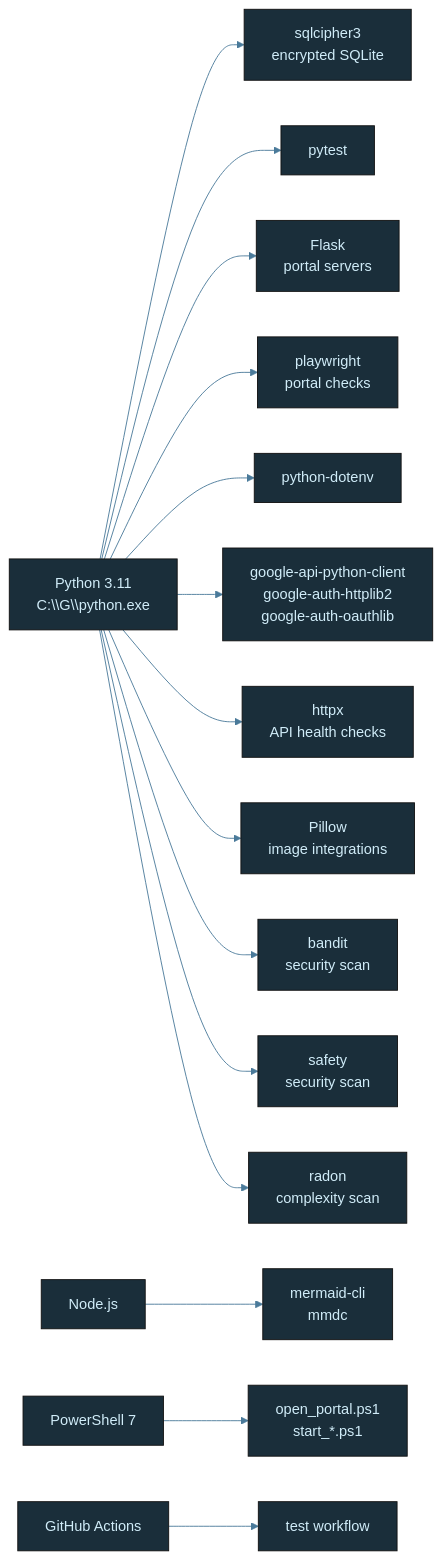
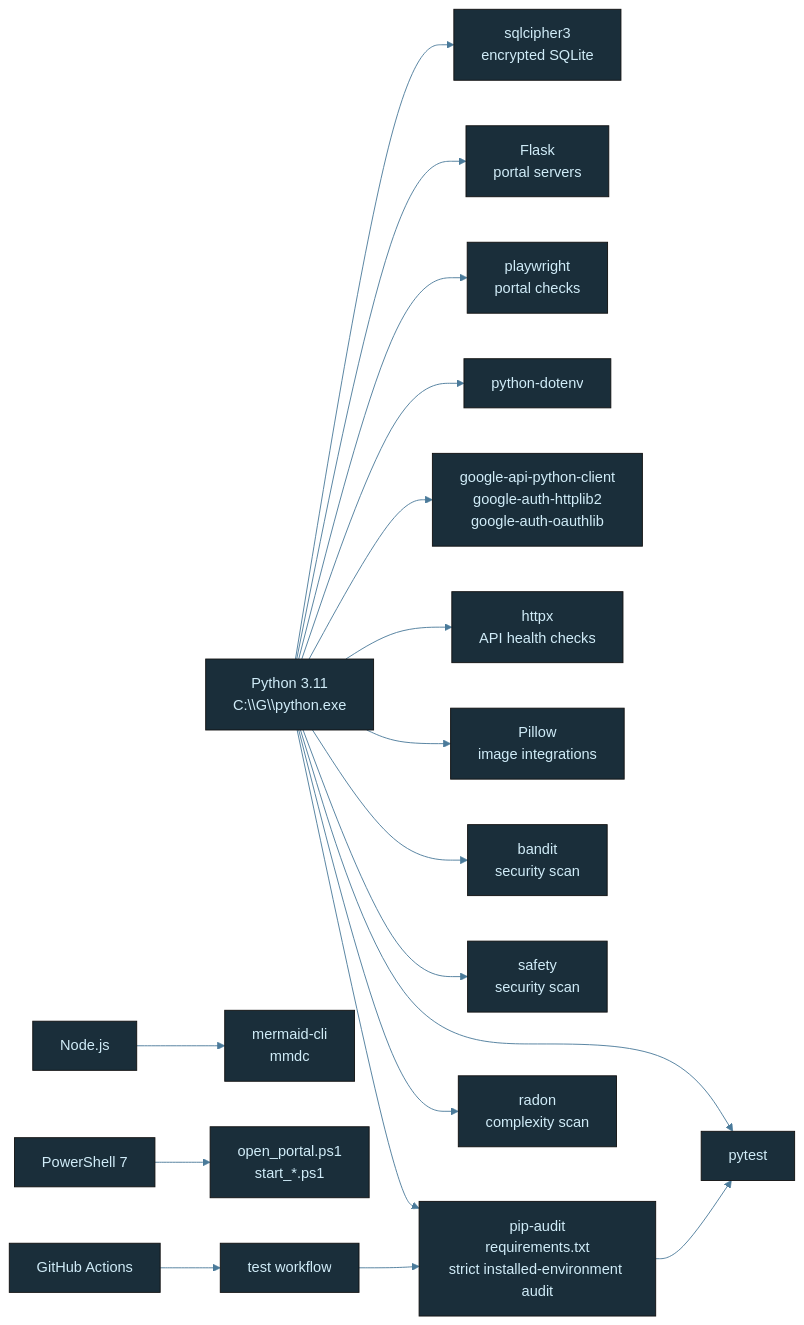
One commit to tylerdrakemusic/-Workspace changed the diagram in diagrams/workspace-tech-stack.mmd. Above: the diagram before and after it, drawn with Mermaid. The commit also changed 8 other files, not shown here.

```diff
--- a/diagrams/workspace-tech-stack.mmd
+++ b/diagrams/workspace-tech-stack.mmd
@@ -1,28 +1,30 @@
 %%{init: {'theme': 'base', 'themeVariables': {'primaryColor': '#1a2e3a', 'primaryTextColor': '#d0ecf8', 'edgeLabelBackground': '#0f1318', 'lineColor': '#4a7a9a'}}}%%
 graph LR
     Python[Python 3.11<br/>C:\\G\\python.exe] --> SQLCipher[sqlcipher3<br/>encrypted SQLite]
     Python --> Pytest[pytest]
     Python --> Flask[Flask<br/>portal servers]
     Python --> Playwright[playwright<br/>portal checks]
     Python --> Dotenv[python-dotenv]
     Python --> GoogleAPI[google-api-python-client<br/>google-auth-httplib2<br/>google-auth-oauthlib]
     Python --> Httpx[httpx<br/>API health checks]
     Python --> Pillow[Pillow<br/>image integrations]
     Python --> Bandit[bandit<br/>security scan]
     Python --> Safety[safety<br/>security scan]
+    Python --> PipAudit[pip-audit<br/>requirements.txt<br/>strict installed-environment audit]
     Python --> Radon[radon<br/>complexity scan]
     Node[Node.js] --> Mmdc[mermaid-cli<br/>mmdc]
     PowerShell[PowerShell 7] --> LaunchScripts[open_portal.ps1<br/>start_*.ps1]
     GitHub[GitHub Actions] --> CI_Tests[test workflow]
+    CI_Tests --> PipAudit --> Pytest
     class Python,Node,PowerShell lang
-    class SQLCipher,Pytest,Flask,Playwright,Dotenv,Mmdc,LaunchScripts,GitHub,CI_Tests,GoogleAPI,Httpx,Pillow,Bandit,Safety,Radon tool
+    class SQLCipher,Pytest,Flask,Playwright,Dotenv,Mmdc,LaunchScripts,GitHub,CI_Tests,GoogleAPI,Httpx,Pillow,Bandit,Safety,PipAudit,Radon tool
 
 classDef life     fill:#1a2e3a,stroke:#6ab4d4,color:#d0ecf8
 classDef music    fill:#3a1a24,stroke:#d47a8f,color:#f8d0dc
 classDef quantum  fill:#251a3a,stroke:#a07adf,color:#e8d0f8
 classDef manifest fill:#3a2e1a,stroke:#d4a96a,color:#f8ead0
 classDef ws       fill:#1a3a30,stroke:#6ad4b4,color:#d0f8ee
 classDef tyler    fill:#2a1a3a,stroke:#9e4aff,color:#fff
 classDef ext      fill:#3a2020,stroke:#ff7a7a,color:#ffd0d0
 classDef db       fill:#3a3010,stroke:#d4c050,color:#f8f0c0
 classDef state    fill:#1a1a1a,stroke:#888888,color:#cccccc
```
